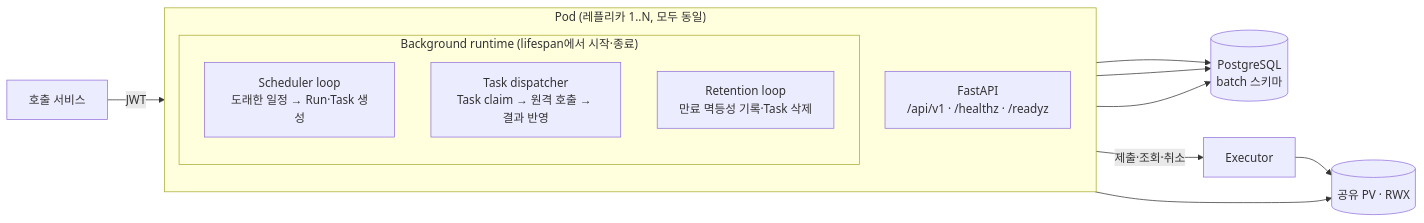
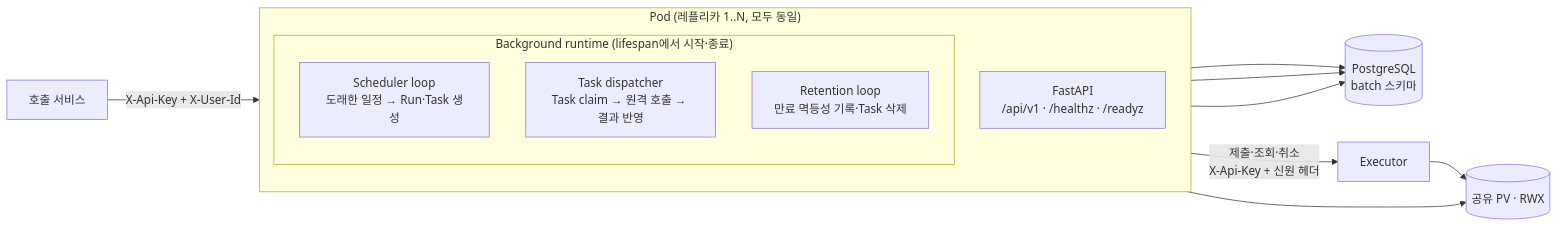
One commit to KimHwaJin/pr-batch changed the first of 2 diagrams in docs/architecture.md. Above: the diagram before and after it, drawn with Mermaid. The commit also changed other lines of this file and 52 other files, not shown here.

First line of the commit message:
feat: API key + identity header auth; drop JWT

````diff
--- a/docs/architecture.md
+++ b/docs/architecture.md
@@ -28,19 +28,19 @@
 ```mermaid
 flowchart LR
     subgraph Pod["Pod (레플리카 1..N, 모두 동일)"]
         direction TB
         API["FastAPI\n/api/v1 · /healthz · /readyz"]
         subgraph RT["Background runtime (lifespan에서 시작·종료)"]
             S["Scheduler loop\n도래한 일정 → Run·Task 생성"]
             D["Task dispatcher\nTask claim → 원격 호출 → 결과 반영"]
             R["Retention loop\n만료 멱등성 기록·Task 삭제"]
         end
     end
-    U["호출 서비스"] -->|JWT| API
+    U["호출 서비스"] -->|X-Api-Key + X-User-Id| API
     API --> PG[(PostgreSQL\nbatch 스키마)]
     S --> PG
     D --> PG
     API --> PV[(공유 PV · RWX)]
-    D -->|제출·조회·취소| EX["Executor"]
+    D -->|제출·조회·취소\nX-Api-Key + 신원 헤더| EX["Executor"]
     EX --> PV
 ```
````
